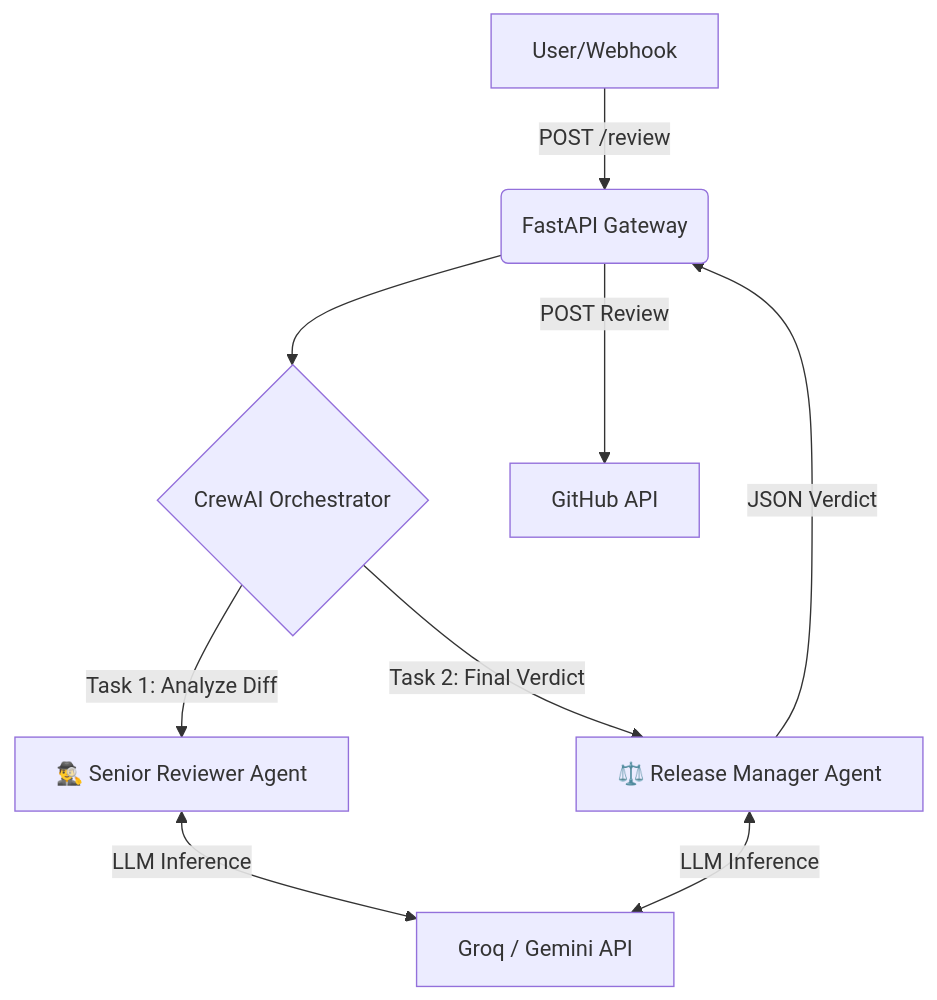
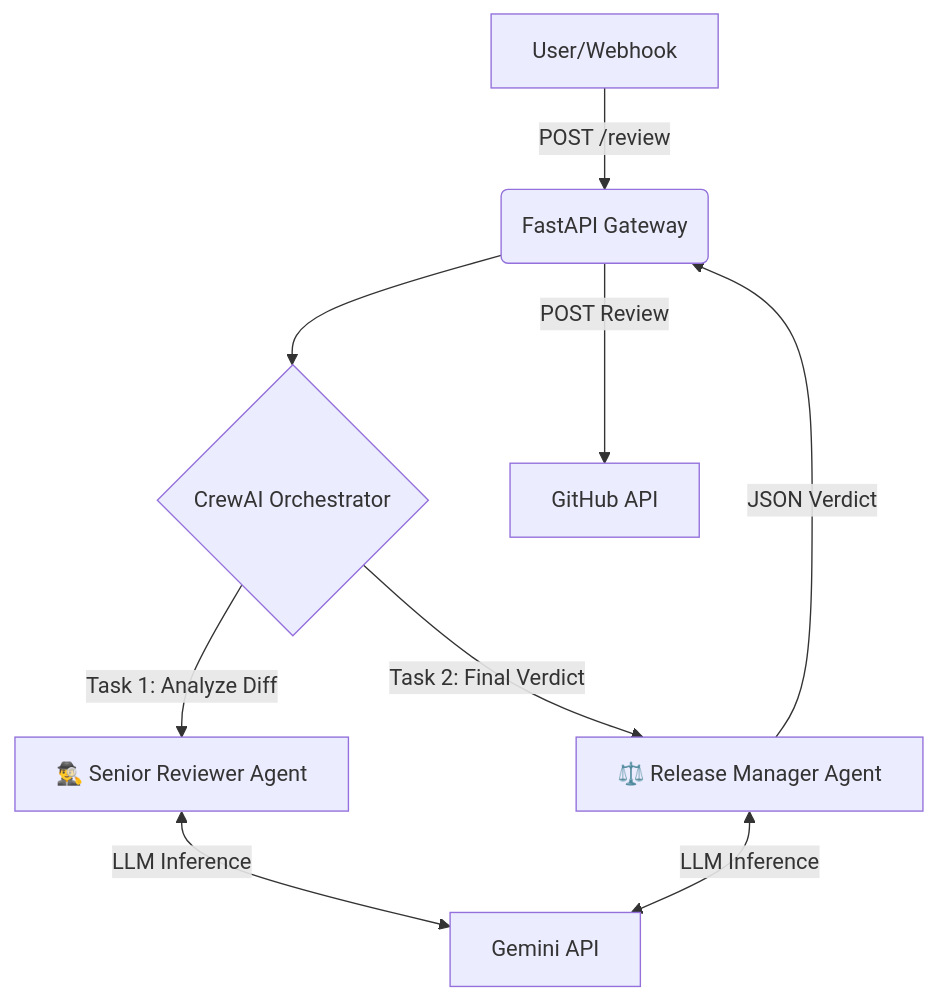
The diagram in README.md (arko-14/gitauditor), drawn with Mermaid before and after one commit. The commit also changed other lines of this file, not shown here.

`````diff
--- a/README.md
+++ b/README.md
@@ -24,11 +24,11 @@
 ```mermaid
 graph TD
     A[User/Webhook] -->|POST /review| B(FastAPI Gateway)
     B --> C{CrewAI Orchestrator}
     C -->|Task 1: Analyze Diff| D[🕵️‍♂️ Senior Reviewer Agent]
     C -->|Task 2: Final Verdict| E[⚖️ Release Manager Agent]
-    D <-->|LLM Inference| F[Groq / Gemini API]
+    D <-->|LLM Inference| F[Gemini API]
     E <-->|LLM Inference| F
     E -->|JSON Verdict| B
     B -->|POST Review| G[GitHub API]
 ````
`````
